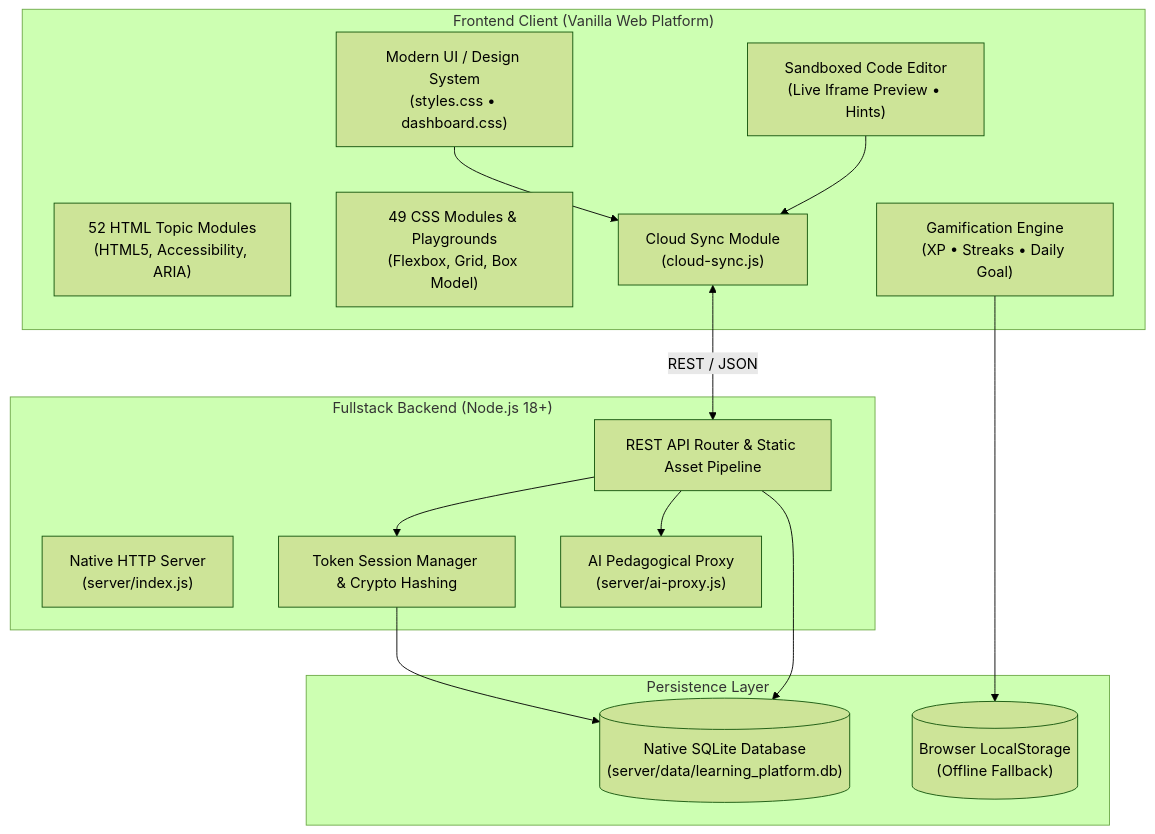
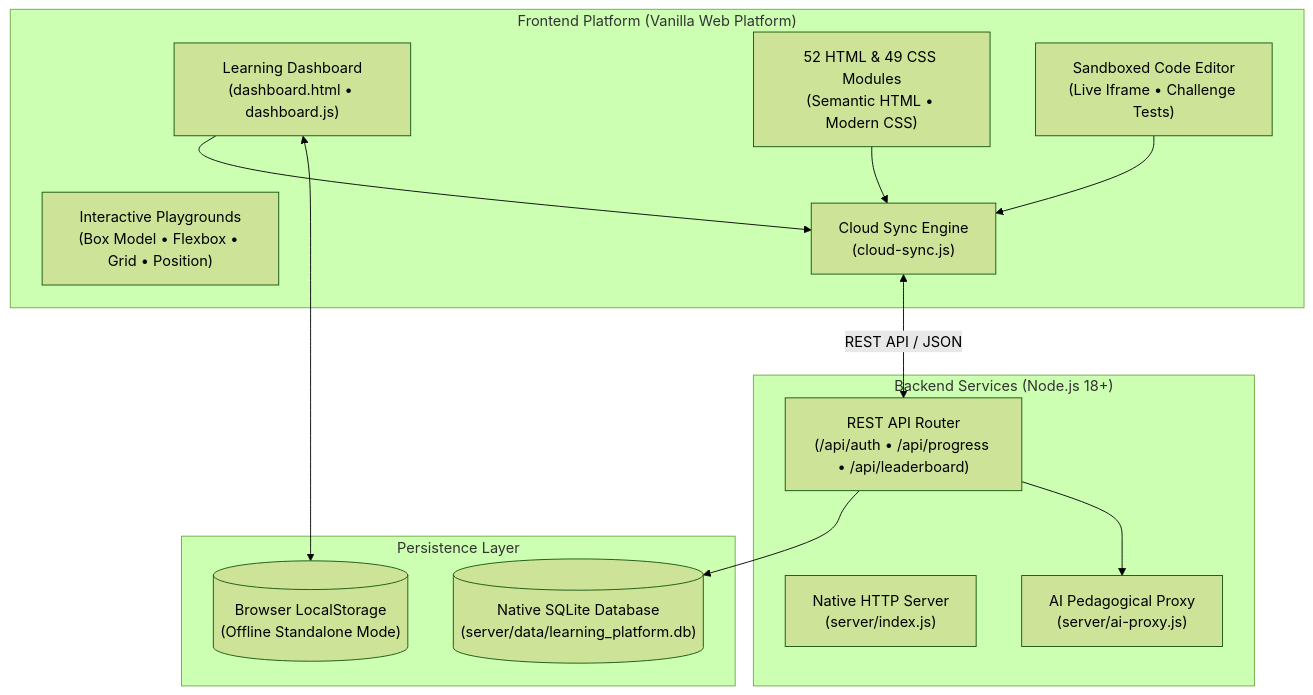
The diagram in html-mastery/README.md (abhimanyu1502/full-stack-web-dev-course), drawn with Mermaid (forest theme) before and after one commit. The commit also changed other lines of this file and 1 other file, not shown here.

Commit message:
docs: standardize README format according to universal template with live demo links and author Abhimanyu Tiwari

````diff
--- a/html-mastery/README.md
+++ b/html-mastery/README.md
@@ -37,32 +45,29 @@
 ```mermaid
 graph TD
-    subgraph Client ["Frontend Client (Vanilla Web Platform)"]
-        UI["Modern UI / Design System\n(styles.css • dashboard.css)"]
-        HTML_MOD["52 HTML Topic Modules\n(HTML5, Accessibility, ARIA)"]
-        CSS_MOD["49 CSS Modules & Playgrounds\n(Flexbox, Grid, Box Model)"]
-        EDITOR["Sandboxed Code Editor\n(Live Iframe Preview • Hints)"]
-        GAME["Gamification Engine\n(XP • Streaks • Daily Goal)"]
-        SYNC_CLIENT["Cloud Sync Module\n(cloud-sync.js)"]
+    subgraph Client ["Frontend Platform (Vanilla Web Platform)"]
+        DASH["Learning Dashboard\n(dashboard.html • dashboard.js)"]
+        TOPICS["52 HTML & 49 CSS Modules\n(Semantic HTML • Modern CSS)"]
+        PLAY["Interactive Playgrounds\n(Box Model • Flexbox • Grid • Position)"]
+        EDITOR["Sandboxed Code Editor\n(Live Iframe • Challenge Tests)"]
+        SYNC_CLIENT["Cloud Sync Engine\n(cloud-sync.js)"]
     end
 
-    subgraph Server ["Fullstack Backend (Node.js 18+)"]
+    subgraph Server ["Backend Services (Node.js 18+)"]
         HTTP["Native HTTP Server\n(server/index.js)"]
-        ROUTER["REST API Router & Static Asset Pipeline"]
-        AUTH["Token Session Manager & Crypto Hashing"]
-        AI_PROXY["AI Pedagogical Proxy\n(server/ai-proxy.js)"]
+        REST["REST API Router\n(/api/auth • /api/progress • /api/leaderboard)"]
+        AI["AI Pedagogical Proxy\n(server/ai-proxy.js)"]
     end
 
-    subgraph Storage ["Persistence Layer"]
+    subgraph Database ["Persistence Layer"]
         SQLITE[("Native SQLite Database\n(server/data/learning_platform.db)")]
-        LOCAL[("Browser LocalStorage\n(Offline Fallback)")]
+        LOCAL[("Browser LocalStorage\n(Offline Standalone Mode)")]
     end
 
-    UI --> SYNC_CLIENT
+    DASH --> SYNC_CLIENT
+    TOPICS --> SYNC_CLIENT
     EDITOR --> SYNC_CLIENT
-    GAME --> LOCAL
-    SYNC_CLIENT <-->|REST / JSON| ROUTER
-    ROUTER --> AUTH
-    ROUTER --> AI_PROXY
-    AUTH --> SQLITE
-    ROUTER --> SQLITE
+    SYNC_CLIENT <-->|REST API / JSON| REST
+    REST --> SQLITE
+    REST --> AI
+    DASH <--> LOCAL
 ```
````
